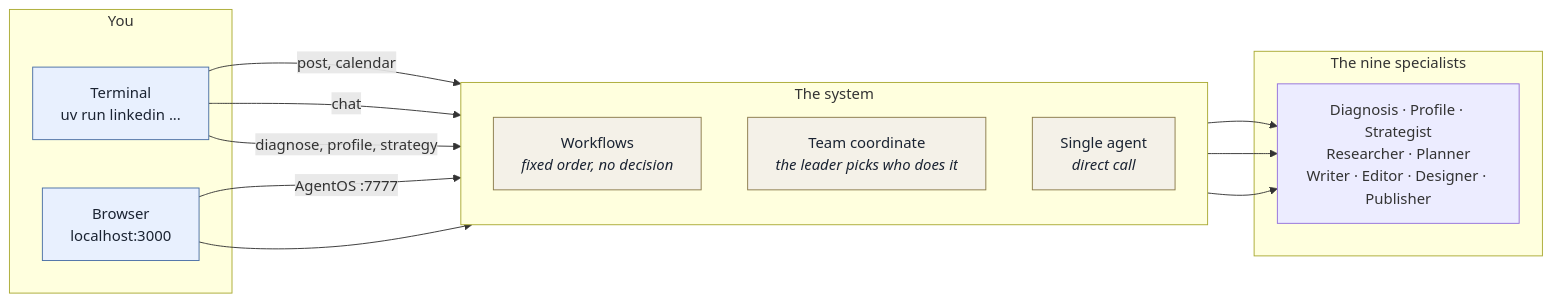
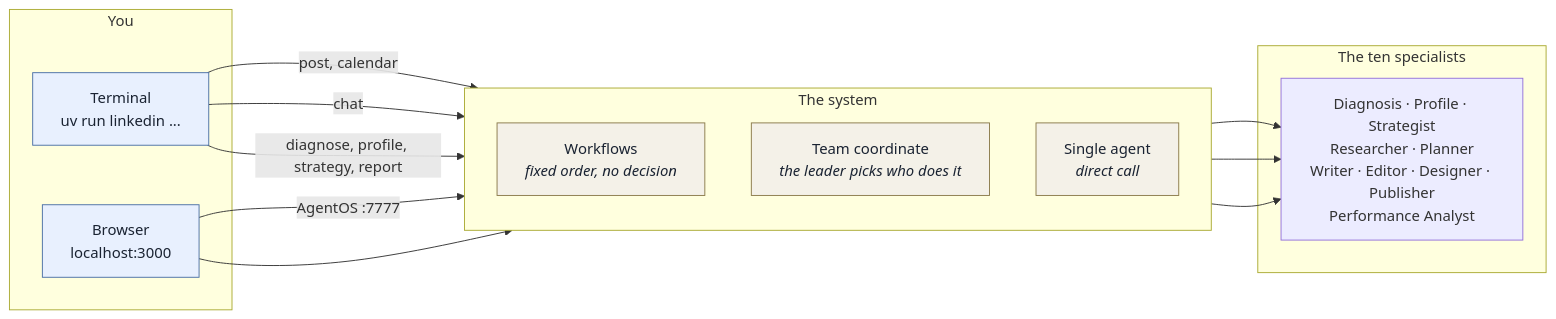
Before and after one commit to gabrantoniette/linkedin-growth-agents: the third of 5 diagrams in docs/mindmap.md, drawn with Mermaid. The commit also changed other lines of this file and 20 other files, not shown here.

````diff
--- a/docs/mindmap.md
+++ b/docs/mindmap.md
@@ -175,33 +184,33 @@
 ```mermaid
 flowchart LR
     subgraph YOU["You"]
         CLI["Terminal<br/>uv run linkedin ..."]
         WEB["Browser<br/>localhost:3000"]
     end
 
     subgraph SYS["The system"]
         direction TB
         WF["Workflows<br/><i>fixed order, no decision</i>"]
         TEAM["Team coordinate<br/><i>the leader picks who does it</i>"]
         AG["Single agent<br/><i>direct call</i>"]
     end
 
-    subgraph EXEC["The nine specialists"]
-        A8["Diagnosis · Profile · Strategist<br/>Researcher · Planner<br/>Writer · Editor · Designer · Publisher"]
+    subgraph EXEC["The ten specialists"]
+        A8["Diagnosis · Profile · Strategist<br/>Researcher · Planner<br/>Writer · Editor · Designer · Publisher<br/>Performance Analyst"]
     end
 
     CLI -->|post, calendar| WF
     CLI -->|chat| TEAM
-    CLI -->|diagnose, profile, strategy| AG
+    CLI -->|diagnose, profile, strategy, report| AG
     WEB -->|AgentOS :7777| TEAM
     WEB --> AG
 
     WF --> A8
     TEAM --> A8
     AG --> A8
 
     classDef you fill:#e8f0fe,stroke:#4a6fa5,color:#1a2332
     classDef sys fill:#f4f1e8,stroke:#8a7a4a,color:#1a2332
     class CLI,WEB you
     class WF,TEAM,AG sys
 ```
````
